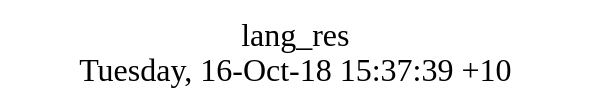
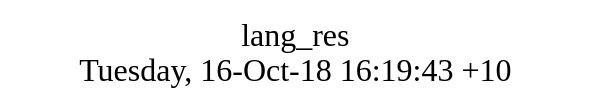
The diagram in src/lang_res/struct.dot (AplaProject/apps), drawn with Graphviz before and after one commit. The commit also changed 16 other files, not shown here.

```diff
--- a/src/lang_res/struct.dot
+++ b/src/lang_res/struct.dot
@@ -1,8 +1,8 @@
 digraph G {
 fontsize="24";
-label="lang_res\nTuesday, 16-Oct-18 15:37:39 +10";
+label="lang_res\nTuesday, 16-Oct-18 16:19:43 +10";
 nojustify=true;
 ordering=out;
 rankdir=LR;
 size="30";
 }
```
